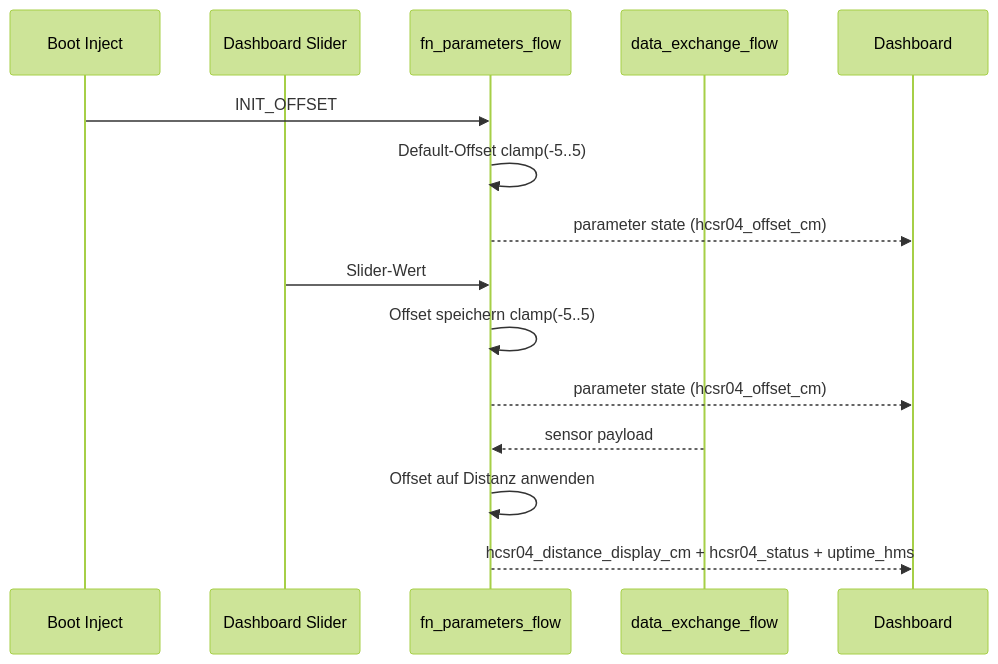
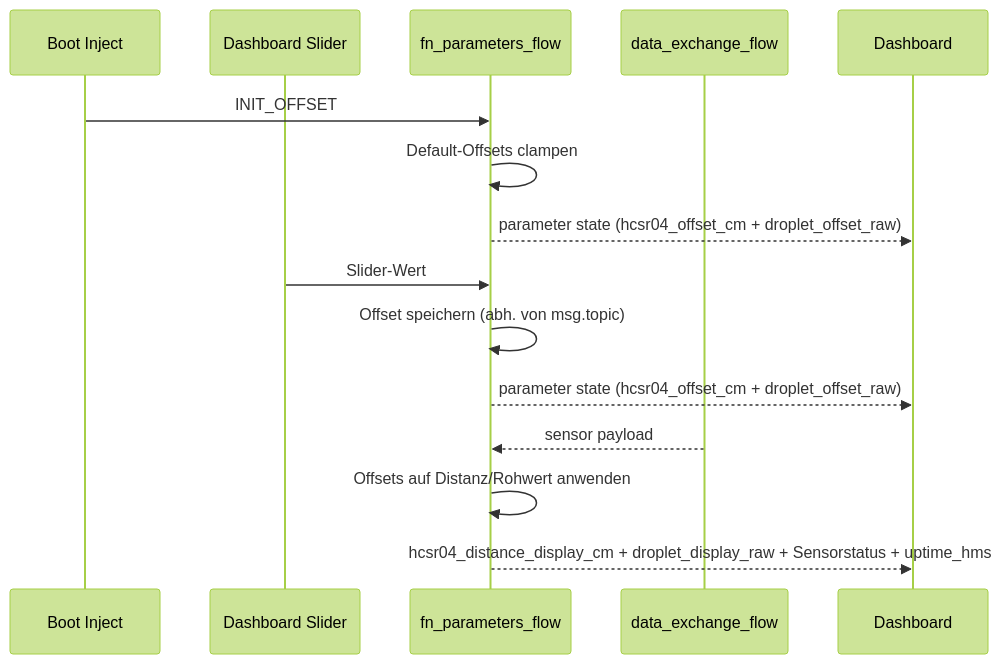
One commit to HerrnDK/Projekt changed the ninth of 12 diagrams in nodered/flows/FLOW_ARCHITEKTUR_PLAN.md. Above: the diagram before and after it, drawn with Mermaid (forest theme). The commit also changed other lines of this file and 11 other files, not shown here.

````diff
--- a/nodered/flows/FLOW_ARCHITEKTUR_PLAN.md
+++ b/nodered/flows/FLOW_ARCHITEKTUR_PLAN.md
@@ -193,20 +193,20 @@
 ```mermaid
 sequenceDiagram
   participant Boot as Boot Inject
   participant UI as Dashboard Slider
   participant PF as fn_parameters_flow
   participant X as data_exchange_flow
   participant D as Dashboard
 
   Boot->>PF: INIT_OFFSET
-  PF->>PF: Default-Offset clamp(-5..5)
-  PF-->>D: parameter state (hcsr04_offset_cm)
+  PF->>PF: Default-Offsets clampen
+  PF-->>D: parameter state (hcsr04_offset_cm + droplet_offset_raw)
 
   UI->>PF: Slider-Wert
-  PF->>PF: Offset speichern clamp(-5..5)
-  PF-->>D: parameter state (hcsr04_offset_cm)
+  PF->>PF: Offset speichern (abh. von msg.topic)
+  PF-->>D: parameter state (hcsr04_offset_cm + droplet_offset_raw)
 
   X-->>PF: sensor payload
-  PF->>PF: Offset auf Distanz anwenden
-  PF-->>D: hcsr04_distance_display_cm + hcsr04_status + uptime_hms
+  PF->>PF: Offsets auf Distanz/Rohwert anwenden
+  PF-->>D: hcsr04_distance_display_cm + droplet_display_raw + Sensorstatus + uptime_hms
 ```
````
